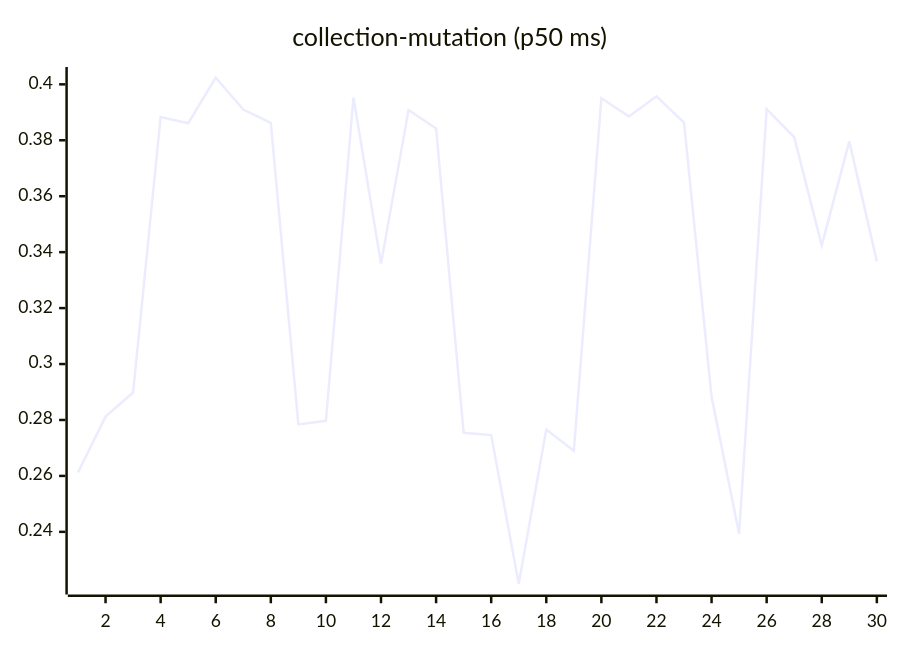
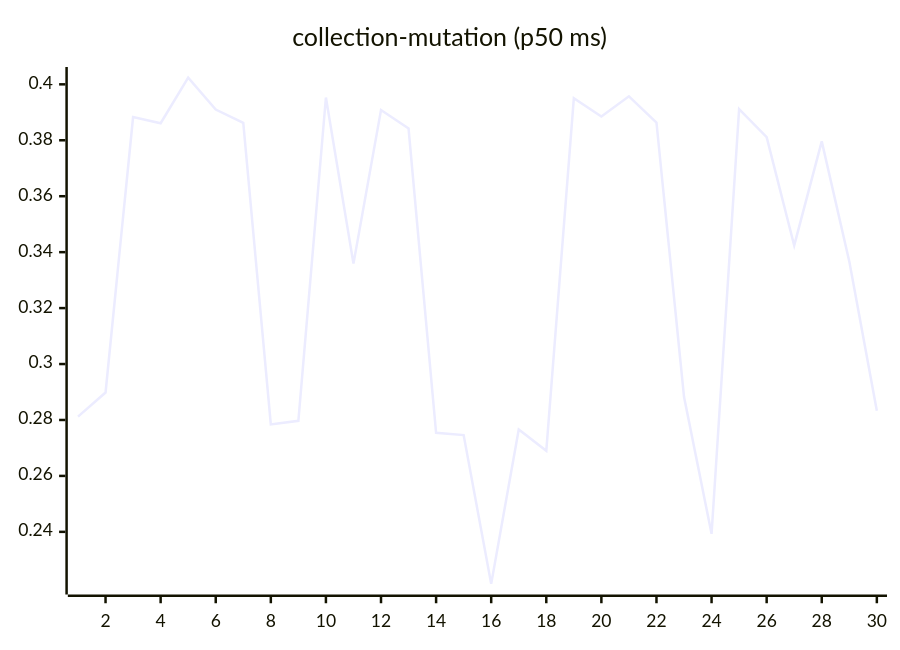
The sixth of 27 diagrams in README.md (josha/Facet), drawn with Mermaid before and after one commit. The commit also changed other lines of this file and 2 other files, not shown here.

````diff
--- a/README.md
+++ b/README.md
@@ -98,6 +98,6 @@
 ```mermaid
 xychart-beta
     title "collection-mutation (p50 ms)"
     x-axis 1 --> 30
-    line [0.2612, 0.2812, 0.2898, 0.3883, 0.3861, 0.4024, 0.3910, 0.3862, 0.2784, 0.2797, 0.3953, 0.3359, 0.3908, 0.3842, 0.2754, 0.2746, 0.2214, 0.2766, 0.2690, 0.3950, 0.3885, 0.3957, 0.3863, 0.2883, 0.2393, 0.3911, 0.3811, 0.3424, 0.3796, 0.3367]
+    line [0.2812, 0.2898, 0.3883, 0.3861, 0.4024, 0.3910, 0.3862, 0.2784, 0.2797, 0.3953, 0.3359, 0.3908, 0.3842, 0.2754, 0.2746, 0.2214, 0.2766, 0.2690, 0.3950, 0.3885, 0.3957, 0.3863, 0.2883, 0.2393, 0.3911, 0.3811, 0.3424, 0.3796, 0.3367, 0.2833]
 ```
````
